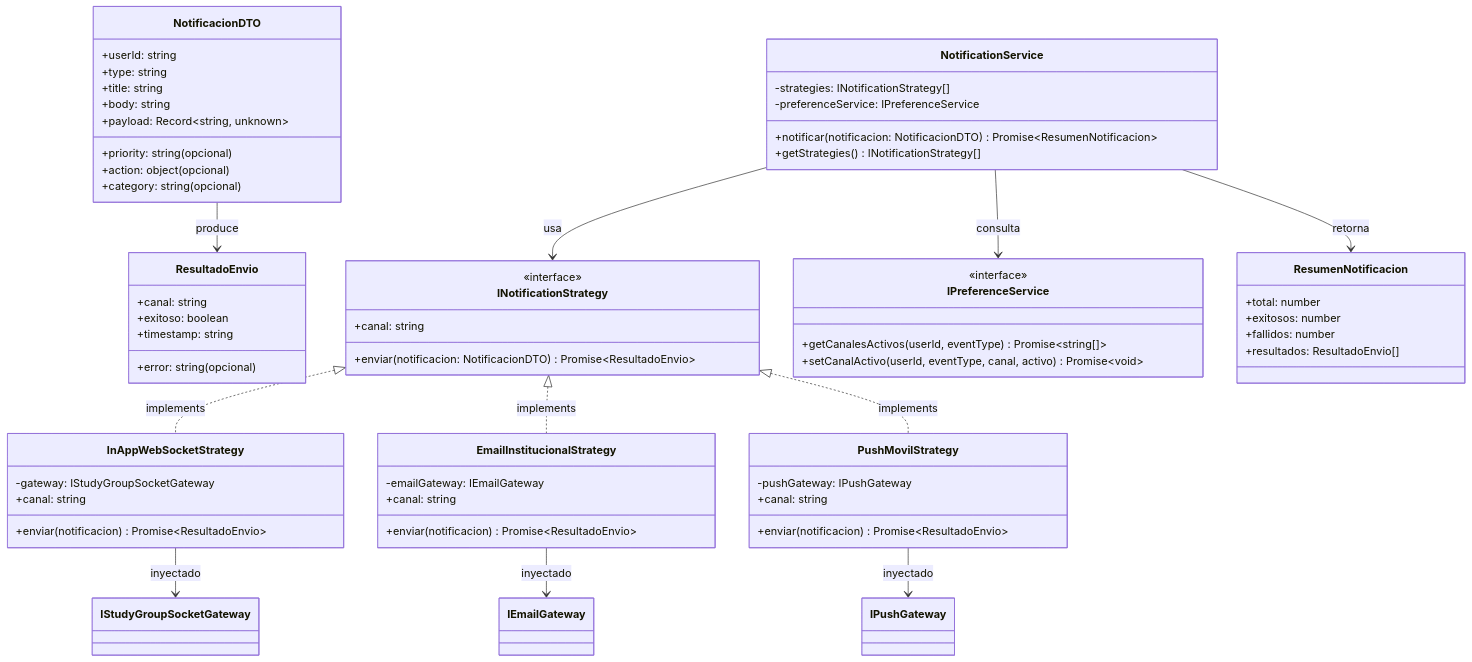
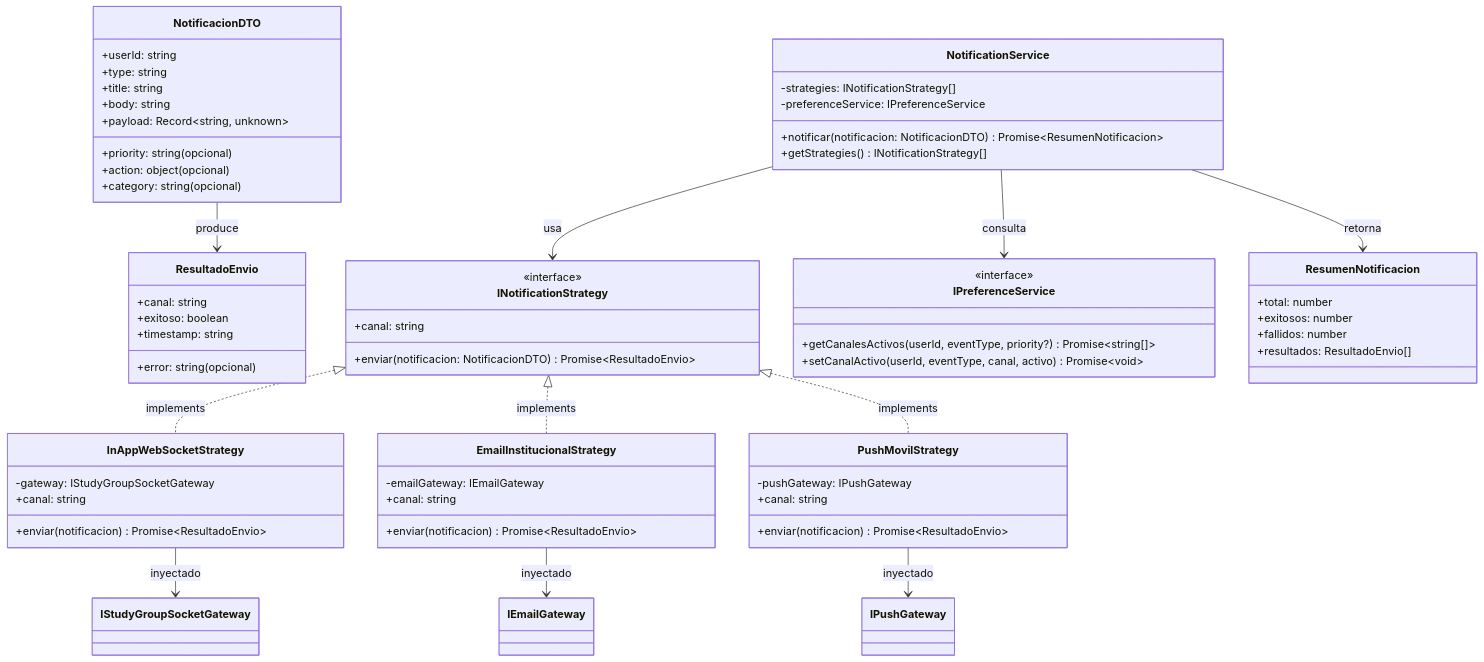
Before and after one commit to Cgomez2107/UniConnect: the diagram in backend/shared/patterns/strategy/README.md, drawn with Mermaid. The commit also changed 49 other files, not shown here.

````diff
--- a/backend/shared/patterns/strategy/README.md
+++ b/backend/shared/patterns/strategy/README.md
@@ -9,78 +9,78 @@
 ```mermaid
 classDiagram
     class INotificationStrategy {
         <<interface>>
         +canal: string
         +enviar(notificacion: NotificacionDTO) Promise~ResultadoEnvio~
     }
 
     class NotificacionDTO {
         +userId: string
         +type: string
         +title: string
         +body: string
         +payload: Record~string, unknown~
         +priority: string (opcional)
         +action: object (opcional)
         +category: string (opcional)
     }
 
     class ResultadoEnvio {
         +canal: string
         +exitoso: boolean
         +error: string (opcional)
         +timestamp: string
     }
 
     class ResumenNotificacion {
         +total: number
         +exitosos: number
         +fallidos: number
         +resultados: ResultadoEnvio[]
     }
 
     class NotificationService {
         -strategies: INotificationStrategy[]
         -preferenceService: IPreferenceService
         +notificar(notificacion: NotificacionDTO) Promise~ResumenNotificacion~
         +getStrategies() INotificationStrategy[]
     }
 
     class InAppWebSocketStrategy {
         -gateway: IStudyGroupSocketGateway
         +canal: string
         +enviar(notificacion) Promise~ResultadoEnvio~
     }
 
     class EmailInstitucionalStrategy {
         -emailGateway: IEmailGateway
         +canal: string
         +enviar(notificacion) Promise~ResultadoEnvio~
     }
 
     class PushMovilStrategy {
         -pushGateway: IPushGateway
         +canal: string
         +enviar(notificacion) Promise~ResultadoEnvio~
     }
 
     class IPreferenceService {
         <<interface>>
-        +getCanalesActivos(userId, eventType) Promise~string[]~
+        +getCanalesActivos(userId, eventType, priority?) Promise~string[]~
         +setCanalActivo(userId, eventType, canal, activo) Promise~void~
     }
 
     INotificationStrategy <|.. InAppWebSocketStrategy : implements
     INotificationStrategy <|.. EmailInstitucionalStrategy : implements
     INotificationStrategy <|.. PushMovilStrategy : implements
 
     NotificationService --> INotificationStrategy : usa
     NotificationService --> IPreferenceService : consulta
 
     InAppWebSocketStrategy --> IStudyGroupSocketGateway : inyectado
     EmailInstitucionalStrategy --> IEmailGateway : inyectado
     PushMovilStrategy --> IPushGateway : inyectado
 
     NotificacionDTO --> ResultadoEnvio : produce
     NotificationService --> ResumenNotificacion : retorna
 ```
````
